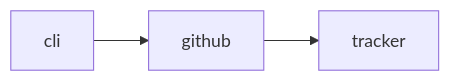
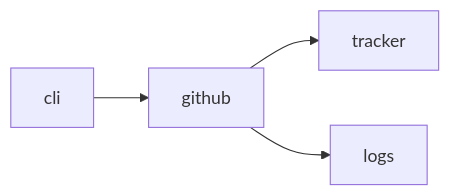
The diagram in docs/architecture/modules/github.md (plaplanche/ariane), drawn with Mermaid before and after one commit. The commit also changed 22 other files, not shown here.

````diff
--- a/docs/architecture/modules/github.md
+++ b/docs/architecture/modules/github.md
@@ -14,5 +14,6 @@
 ```mermaid
 flowchart LR
   github --> tracker
+  github --> logs
   cli --> github
 ```
````
